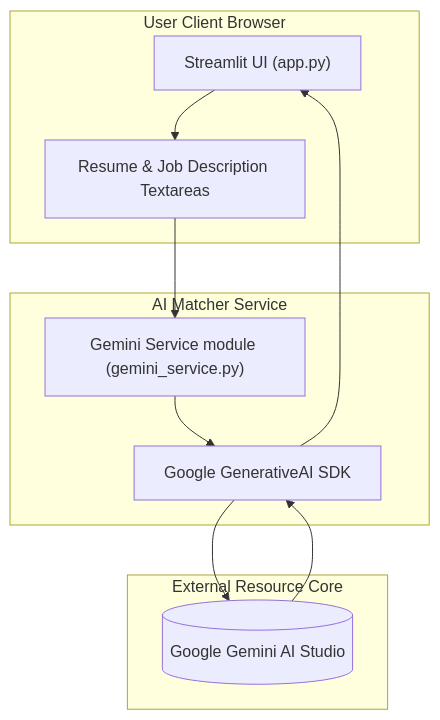
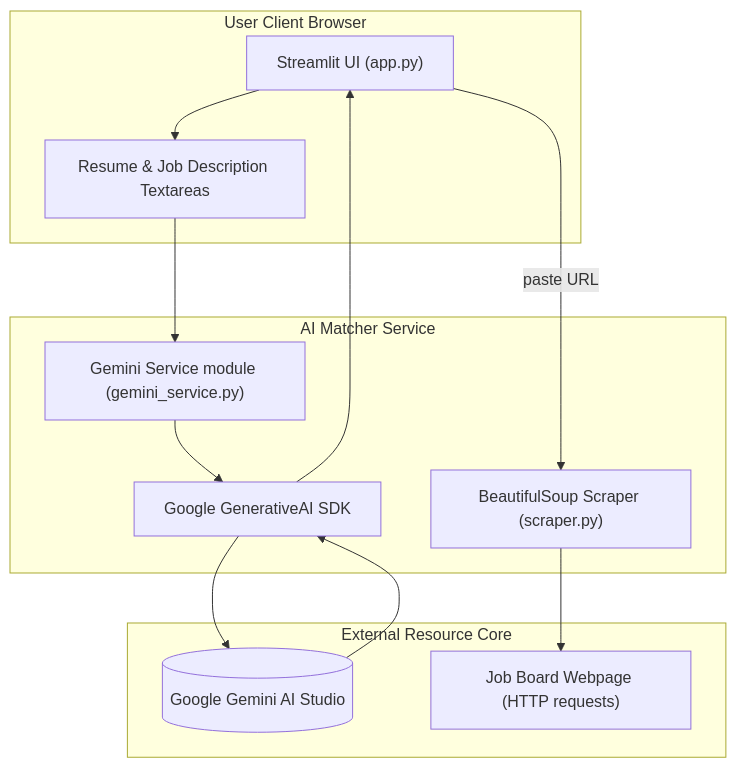
The diagram in README.md (Giancyril/ResuMatch), drawn with Mermaid before and after one commit. The commit also changed other lines of this file, not shown here.

````diff
--- a/README.md
+++ b/README.md
@@ -43,23 +50,27 @@
 ```mermaid
 graph TD
     subgraph Client ["User Client Browser"]
         Dashboard["Streamlit UI (app.py)"]
         Inputs["Resume & Job Description Textareas"]
     end
 
     subgraph Service ["AI Matcher Service"]
         GeminiService["Gemini Service module (gemini_service.py)"]
         GenAI["Google GenerativeAI SDK"]
+        Scraper["BeautifulSoup Scraper (scraper.py)"]
     end
 
     subgraph External ["External Resource Core"]
         Gemini[(Google Gemini AI Studio)]
+        JobBoard["Job Board Webpage (HTTP requests)"]
     end
 
     Dashboard --> Inputs
     Inputs --> GeminiService
+    Dashboard -- paste URL --> Scraper
+    Scraper --> JobBoard
     GeminiService --> GenAI
     GenAI --> Gemini
     Gemini --> GenAI
     GenAI --> Dashboard
 ```
````
